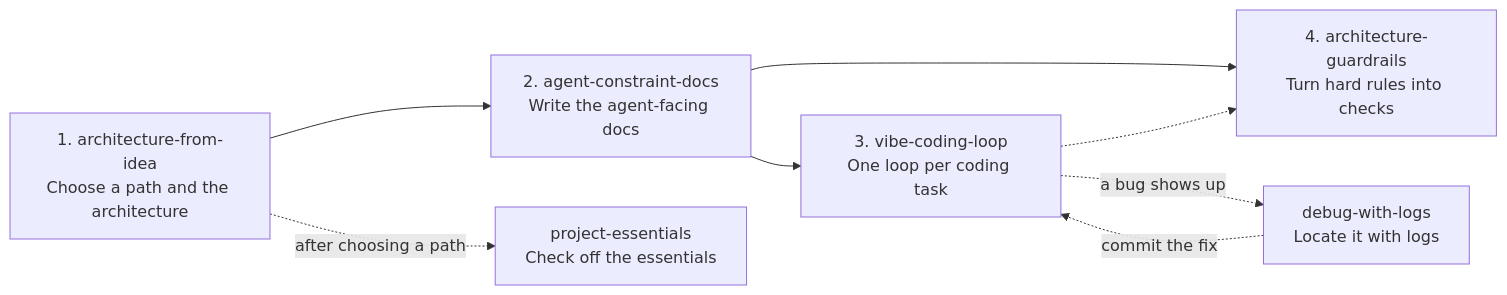
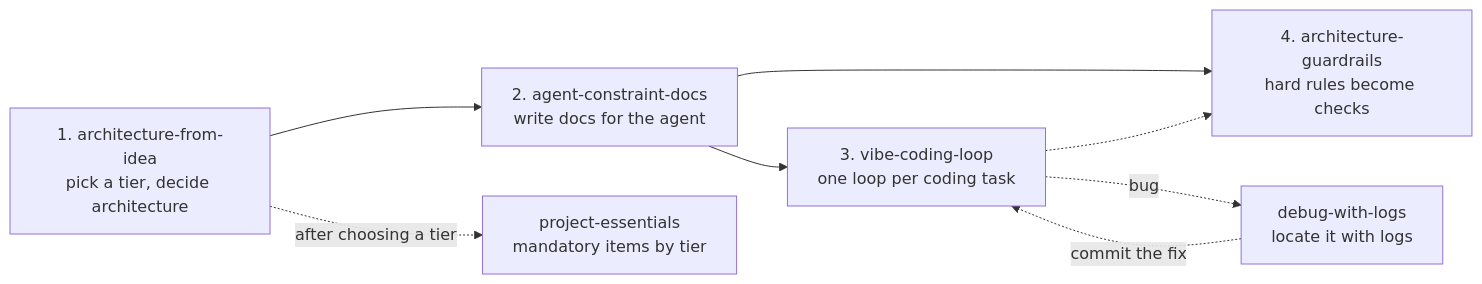
One commit to wisdom-km/agent-skills changed the diagram in README.md. Above: the diagram before and after it, drawn with Mermaid. The commit also changed other lines of this file and 2 other files, not shown here.

````diff
--- a/README.md
+++ b/README.md
@@ -461,10 +39,10 @@
 ```mermaid
 flowchart LR
-  A["1. architecture-from-idea<br/>Choose a path and the architecture"] --> B["2. agent-constraint-docs<br/>Write the agent-facing docs"]
-  B --> C["3. vibe-coding-loop<br/>One loop per coding task"]
-  B --> D["4. architecture-guardrails<br/>Turn hard rules into checks"]
+  A["1. architecture-from-idea<br/>pick a tier, decide architecture"] --> B["2. agent-constraint-docs<br/>write docs for the agent"]
+  B --> C["3. vibe-coding-loop<br/>one loop per coding task"]
+  B --> D["4. architecture-guardrails<br/>hard rules become checks"]
   C -.-> D
-  C -. a bug shows up .-> E["debug-with-logs<br/>Locate it with logs"]
+  C -. bug .-> E["debug-with-logs<br/>locate it with logs"]
   E -. commit the fix .-> C
-  A -. after choosing a path .-> F["project-essentials<br/>Check off the essentials"]
+  A -. after choosing a tier .-> F["project-essentials<br/>mandatory items by tier"]
 ```
````
